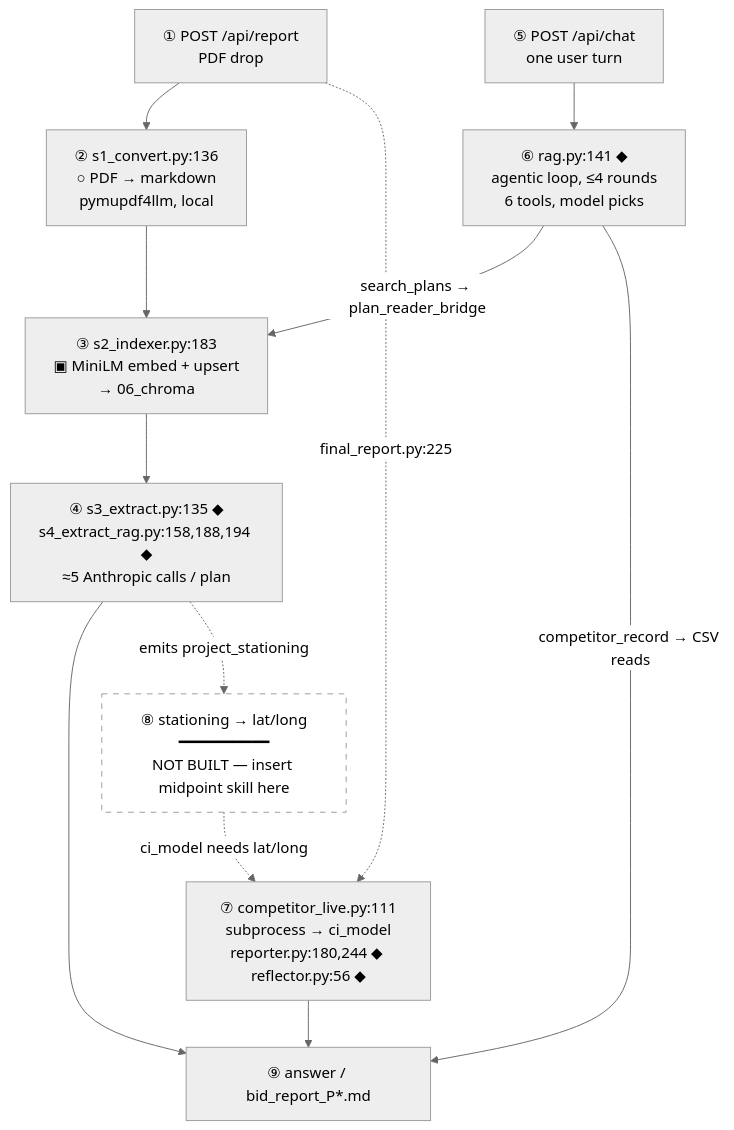
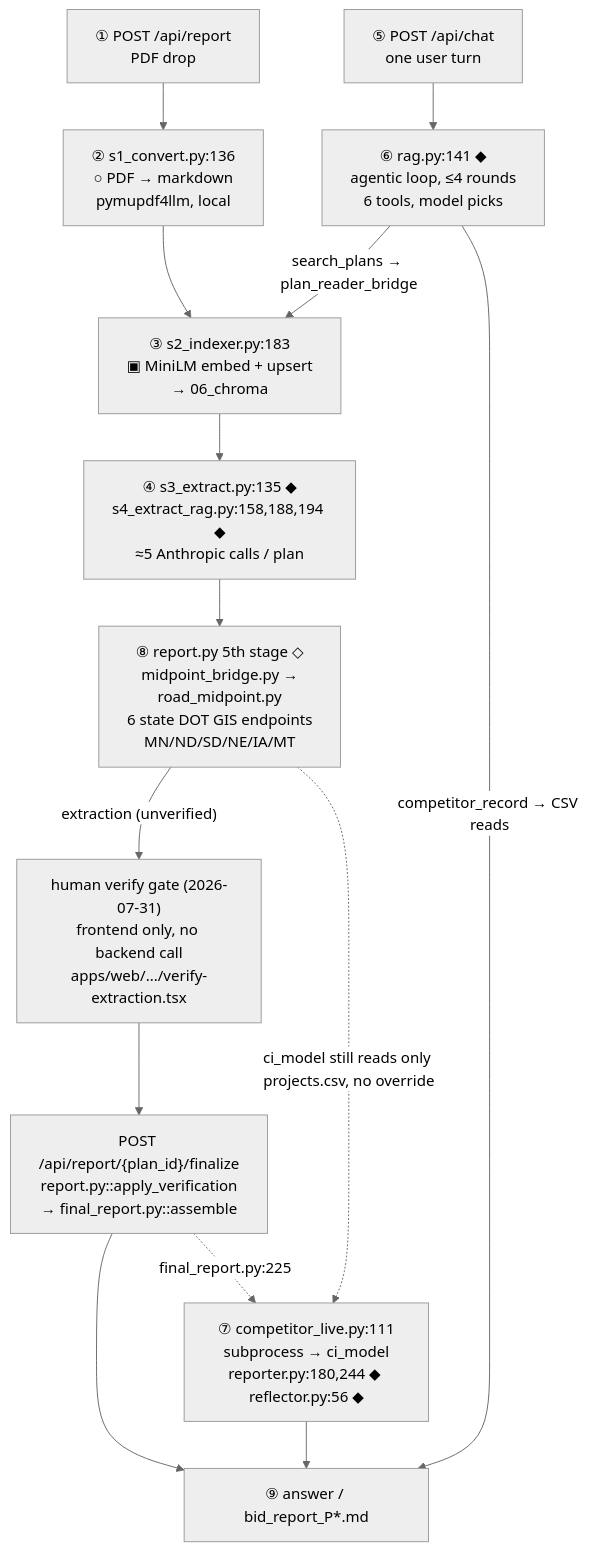
The diagram in docs/ARCHITECTURE.md (quinten168/construction-bidding-assistant), drawn with Mermaid (neutral theme) before and after one commit. The commit also changed other lines of this file and 103 other files, not shown here.

First line of the commit message:
Road-midpoint lookup, CI-data admin UI, and human-in-the-loop verify gate (#45)

````diff
--- a/docs/ARCHITECTURE.md
+++ b/docs/ARCHITECTURE.md
@@ -22,26 +22,26 @@
 ```mermaid
 flowchart TD
     DROP["① POST /api/report<br/>PDF drop"]
     CONV["② s1_convert.py:136<br/>○ PDF → markdown<br/>pymupdf4llm, local"]
     IDX["③ s2_indexer.py:183<br/>▣ MiniLM embed + upsert<br/>→ 06_chroma"]
     EXT["④ s3_extract.py:135 ◆<br/>s4_extract_rag.py:158,188,194 ◆<br/>≈5 Anthropic calls / plan"]
 
     CHATQ["⑤ POST /api/chat<br/>one user turn"]
     LOOP["⑥ rag.py:141 ◆<br/>agentic loop, ≤4 rounds<br/>6 tools, model picks"]
 
     SUB["⑦ competitor_live.py:111<br/>subprocess → ci_model<br/>reporter.py:180,244 ◆ reflector.py:56 ◆"]
 
-    GAP["⑧ stationing → lat/long<br/>━━━━━━━━━━<br/>NOT BUILT — insert midpoint skill here"]
+    GAP["⑧ report.py 5th stage ◇<br/>midpoint_bridge.py →<br/>road_midpoint.py<br/>6 state DOT GIS endpoints<br/>MN/ND/SD/NE/IA/MT"]
+
+    VERIFY["human verify gate (2026-07-31)<br/>frontend only, no backend call<br/>apps/web/.../verify-extraction.tsx"]
+    FIN["POST /api/report/{plan_id}/finalize<br/>report.py::apply_verification<br/>→ final_report.py::assemble"]
 
     OUT["⑨ answer / bid_report_P*.md"]
 
-    DROP --> CONV --> IDX --> EXT --> OUT
+    DROP --> CONV --> IDX --> EXT --> GAP -->|"extraction (unverified)"| VERIFY --> FIN --> OUT
     CHATQ --> LOOP
     LOOP -->|search_plans → plan_reader_bridge| IDX
     LOOP -->|competitor_record → CSV reads| OUT
-    DROP -.->|final_report.py:225| SUB --> OUT
-    EXT -.->|emits project_stationing| GAP
-    GAP -.->|ci_model needs lat/long| SUB
-
-    style GAP stroke-dasharray: 6 6, fill:#00000000
+    FIN -.->|final_report.py:225| SUB --> OUT
+    GAP -.->|ci_model still reads only projects.csv, no override| SUB
 ```
````
